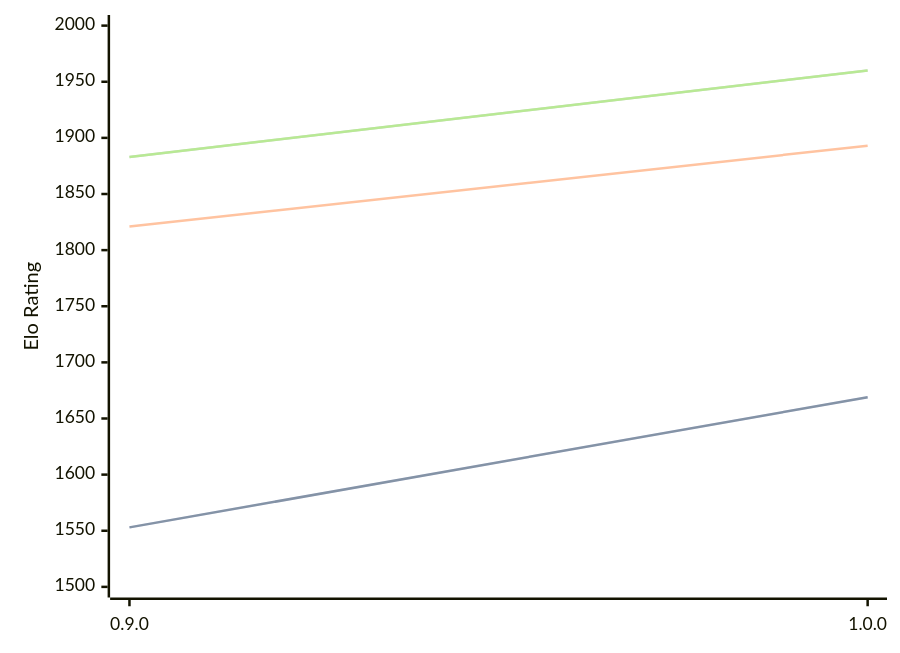
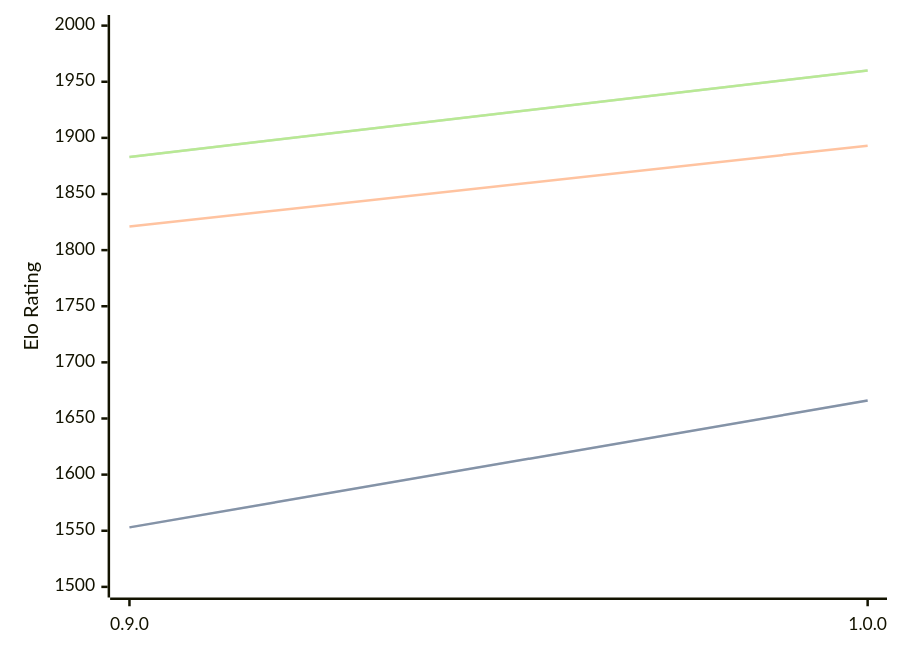
Before and after one commit to computer-chess-index/cci: the diagram in engines/Ratsu.md, drawn with Mermaid. The commit also changed other lines of this file, not shown here.

Commit message:
Update CCI Ratings (ELO VLTC) - 2026-03-25

````diff
--- a/engines/Ratsu.md
+++ b/engines/Ratsu.md
@@ -32,11 +32,11 @@
 ```mermaid
 %%{init: {"theme":"base","themeVariables":{"seriesColors:['#a3a3a3','#222221','#faa371']}}}%%
 xychart-beta
   x-axis ["0.9.0", "1.0.0"]
   y-axis "Elo Rating" 1500 --> 2000
-  line "STC (8.0+0.08s)" [1553, 1669]
-  line "STC (8.0+0.08s)" [1553, 1669]
+  line "STC (8.0+0.08s)" [1553, 1666]
+  line "STC (8.0+0.08s)" [1553, 1666]
   line "LTC (60.0+0.60s)" [1821, 1893]
   line "VLTC (2m24s+1.12s)" [1883, 1960]
   line "VLTC (2m24s+1.12s)" [1883, 1960]
 ```
````
